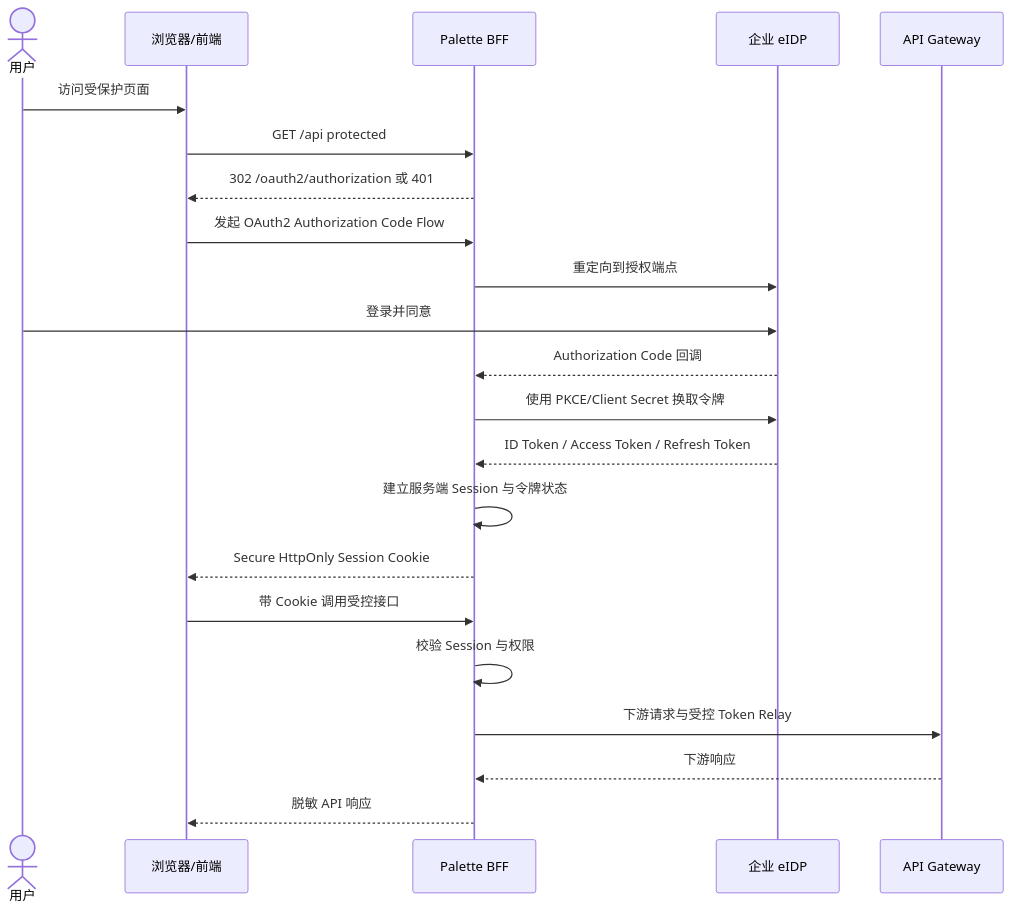
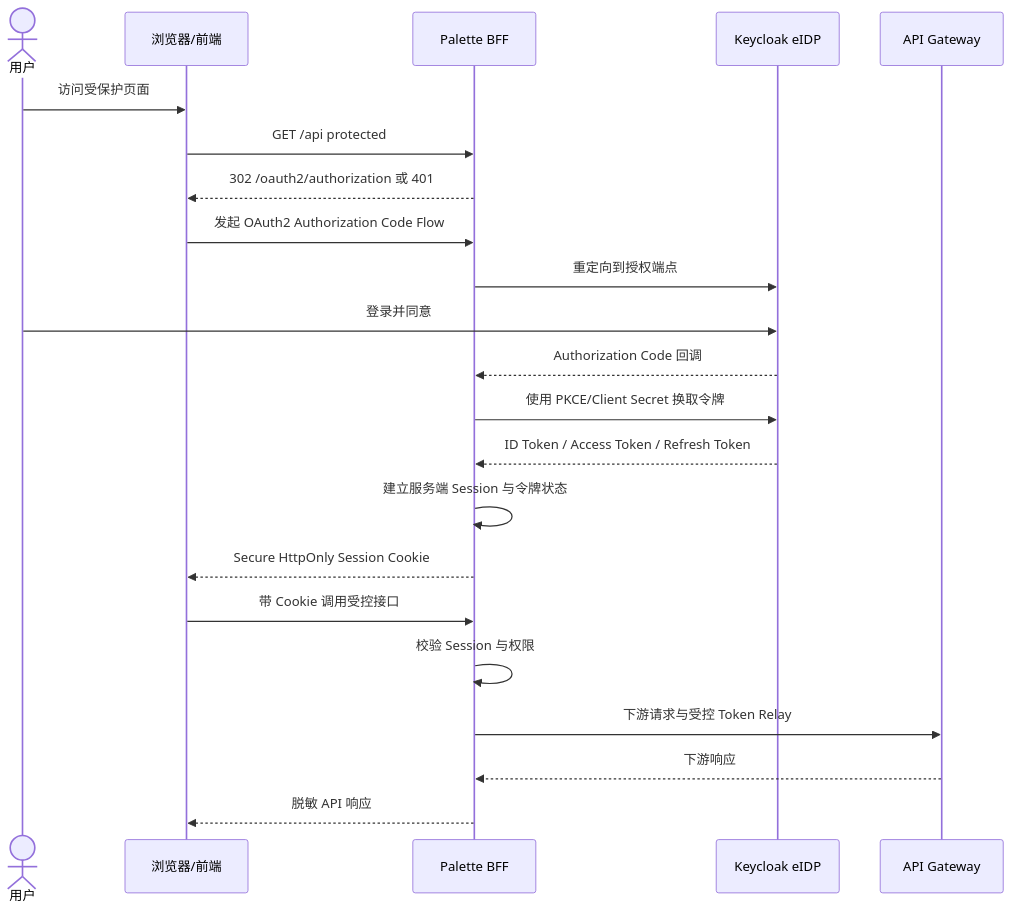
Before and after one commit to Gxerxes/platform_codex: the third of 3 diagrams in docs/architecture.md, drawn with Mermaid. The commit also changed other lines of this file and 3 other files, not shown here.

````diff
--- a/docs/architecture.md
+++ b/docs/architecture.md
@@ -93,25 +93,25 @@
 ```mermaid
 sequenceDiagram
     actor User as 用户
     participant UI as 浏览器/前端
     participant BFF as Palette BFF
-    participant IDP as 企业 eIDP
+    participant IDP as Keycloak eIDP
     participant GW as API Gateway
 
     User->>UI: 访问受保护页面
     UI->>BFF: GET /api protected
     BFF-->>UI: 302 /oauth2/authorization 或 401
     UI->>BFF: 发起 OAuth2 Authorization Code Flow
     BFF->>IDP: 重定向到授权端点
     User->>IDP: 登录并同意
     IDP-->>BFF: Authorization Code 回调
     BFF->>IDP: 使用 PKCE/Client Secret 换取令牌
     IDP-->>BFF: ID Token / Access Token / Refresh Token
     BFF->>BFF: 建立服务端 Session 与令牌状态
     BFF-->>UI: Secure HttpOnly Session Cookie
     UI->>BFF: 带 Cookie 调用受控接口
     BFF->>BFF: 校验 Session 与权限
     BFF->>GW: 下游请求与受控 Token Relay
     GW-->>BFF: 下游响应
     BFF-->>UI: 脱敏 API 响应
 ```
````
